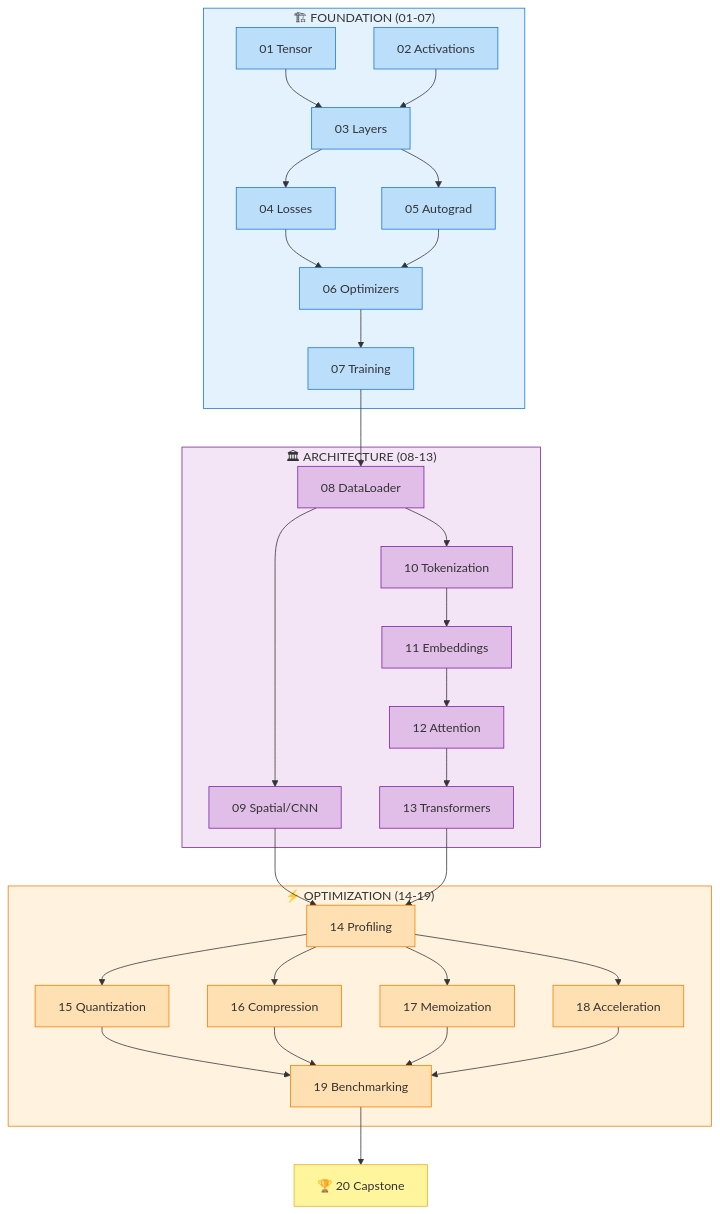
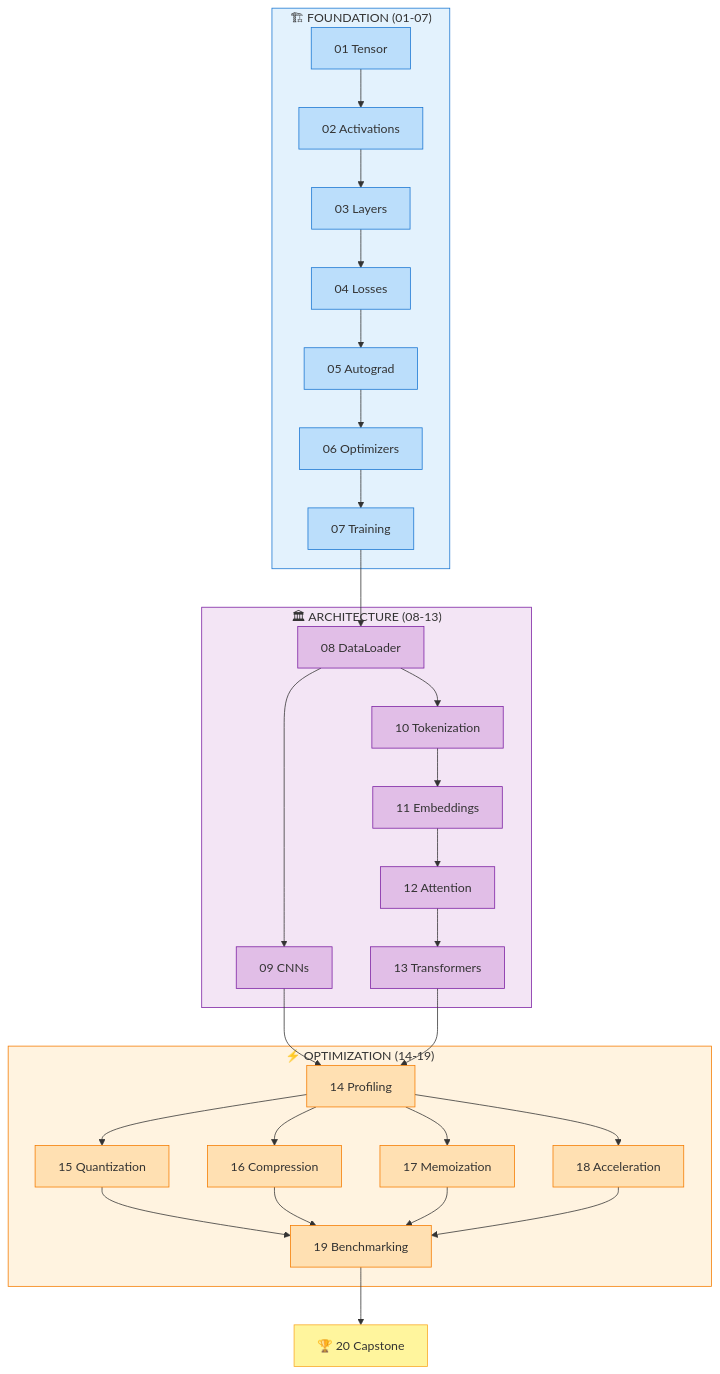
The diagram in tinytorch/site/big-picture.md (harvard-edge/cs249r_book), drawn with Mermaid before and after one commit. The commit also changed other lines of this file and 37 other files, not shown here.

````diff
--- a/tinytorch/site/big-picture.md
+++ b/tinytorch/site/big-picture.md
@@ -13,63 +21,62 @@
 ```{mermaid}
 :align: center
 graph TB
     subgraph Foundation["🏗 FOUNDATION (01-07)"]
-        T[01 Tensor] & A[02 Activations] --> L[03 Layers]
-        L --> Loss[04 Losses] & Auto[05 Autograd]
-        Loss & Auto --> Opt[06 Optimizers]
-        Opt --> Train[07 Training]
+        T[01 Tensor] --> A[02 Activations] --> L[03 Layers]
+        L --> Loss[04 Losses] --> Auto[05 Autograd]
+        Auto --> Opt[06 Optimizers] --> Train[07 Training]
     end
 
     Train --> Data[08 DataLoader]
 
     subgraph Architecture["🏛 ARCHITECTURE (08-13)"]
-        Data --> Spatial[09 Spatial/CNN]
+        Data --> Conv[09 CNNs]
         Data --> Tok[10 Tokenization]
         Tok --> Emb[11 Embeddings] --> Att[12 Attention] --> Trans[13 Transformers]
     end
 
-    Spatial --> Prof
+    Conv --> Prof
     Trans --> Prof
 
     subgraph Optimization["⚡ OPTIMIZATION (14-19)"]
         Prof[14 Profiling]
         Prof --> Quant[15 Quantization] & Comp[16 Compression]
         Prof --> Memo[17 Memoization] & Accel[18 Acceleration]
         Quant & Comp & Memo & Accel --> Bench[19 Benchmarking]
     end
 
     Bench --> Cap[🏆 20 Capstone]
 
     %% Subgraph backgrounds
     style Foundation fill:#e3f2fd,stroke:#1976d2
     style Architecture fill:#f3e5f5,stroke:#7b1fa2
     style Optimization fill:#fff3e0,stroke:#f57c00
 
     %% Foundation nodes (blue)
     style T fill:#bbdefb,stroke:#1976d2
     style A fill:#bbdefb,stroke:#1976d2
     style L fill:#bbdefb,stroke:#1976d2
     style Loss fill:#bbdefb,stroke:#1976d2
     style Auto fill:#bbdefb,stroke:#1976d2
     style Opt fill:#bbdefb,stroke:#1976d2
     style Train fill:#bbdefb,stroke:#1976d2
 
     %% Architecture nodes (purple)
     style Data fill:#e1bee7,stroke:#7b1fa2
-    style Spatial fill:#e1bee7,stroke:#7b1fa2
+    style Conv fill:#e1bee7,stroke:#7b1fa2
     style Tok fill:#e1bee7,stroke:#7b1fa2
     style Emb fill:#e1bee7,stroke:#7b1fa2
     style Att fill:#e1bee7,stroke:#7b1fa2
     style Trans fill:#e1bee7,stroke:#7b1fa2
 
     %% Optimization nodes (orange)
     style Prof fill:#ffe0b2,stroke:#f57c00
     style Quant fill:#ffe0b2,stroke:#f57c00
     style Comp fill:#ffe0b2,stroke:#f57c00
     style Memo fill:#ffe0b2,stroke:#f57c00
     style Accel fill:#ffe0b2,stroke:#f57c00
     style Bench fill:#ffe0b2,stroke:#f57c00
 
     %% Capstone (gold)
     style Cap fill:#fff59d,stroke:#f9a825
 ```
````
